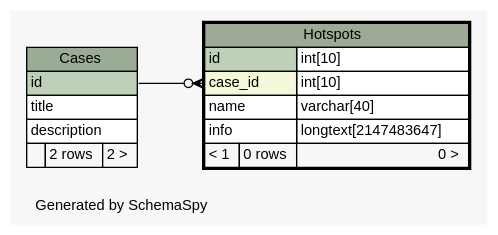
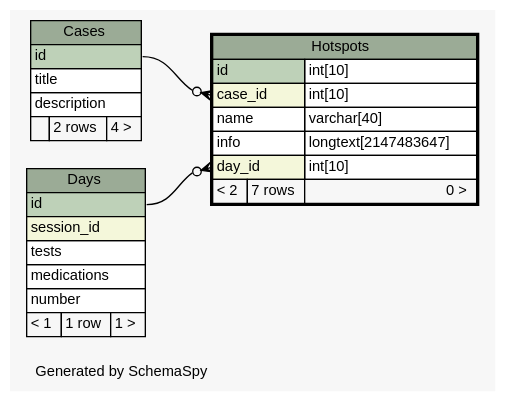
The diagram in web/files/schema/diagrams/Hotspots.1degree.dot (carrel2/CaseStudies), drawn with Graphviz before and after one commit. The commit also changed 87 other files, not shown here.

Commit message:
More work on database schema

```diff
--- a/web/files/schema/diagrams/Hotspots.1degree.dot
+++ b/web/files/schema/diagrams/Hotspots.1degree.dot
@@ -1,48 +1,64 @@
 // dot 2.38.0 on Linux 4.4.0-59-generic
 // SchemaSpy rev 590
 digraph "oneDegreeRelationshipsDiagram" {
   graph [
     rankdir="RL"
     bgcolor="#f7f7f7"
     label="\nGenerated by SchemaSpy"
     labeljust="l"
     nodesep="0.18"
     ranksep="0.46"
     fontname="Helvetica"
     fontsize="11"
   ];
   node [
     fontname="Helvetica"
     fontsize="11"
     shape="plaintext"
   ];
   edge [
     arrowsize="0.8"
   ];
   "Hotspots":"case_id":w -> "Cases":"id":e [arrowhead=none dir=back arrowtail=crowodot];
+  "Hotspots":"day_id":w -> "Days":"id":e [arrowhead=none dir=back arrowtail=crowodot];
   "Cases" [
     label=<
     <TABLE BORDER="0" CELLBORDER="1" CELLSPACING="0" BGCOLOR="#ffffff">
       <TR><TD COLSPAN="3" BGCOLOR="#9bab96" ALIGN="CENTER">Cases</TD></TR>
       <TR><TD PORT="id" COLSPAN="3" BGCOLOR="#bed1b8" ALIGN="LEFT">id</TD></TR>
       <TR><TD PORT="title" COLSPAN="3" ALIGN="LEFT">title</TD></TR>
       <TR><TD PORT="description" COLSPAN="3" ALIGN="LEFT">description</TD></TR>
-      <TR><TD ALIGN="LEFT" BGCOLOR="#f7f7f7">  </TD><TD ALIGN="RIGHT" BGCOLOR="#f7f7f7">2 rows</TD><TD ALIGN="RIGHT" BGCOLOR="#f7f7f7">2 &gt;</TD></TR>
+      <TR><TD ALIGN="LEFT" BGCOLOR="#f7f7f7">  </TD><TD ALIGN="RIGHT" BGCOLOR="#f7f7f7">2 rows</TD><TD ALIGN="RIGHT" BGCOLOR="#f7f7f7">4 &gt;</TD></TR>
     </TABLE>>
     URL="Cases.html"
     tooltip="Cases"
+  ];
+  "Days" [
+    label=<
+    <TABLE BORDER="0" CELLBORDER="1" CELLSPACING="0" BGCOLOR="#ffffff">
+      <TR><TD COLSPAN="3" BGCOLOR="#9bab96" ALIGN="CENTER">Days</TD></TR>
+      <TR><TD PORT="id" COLSPAN="3" BGCOLOR="#bed1b8" ALIGN="LEFT">id</TD></TR>
+      <TR><TD PORT="session_id" COLSPAN="3" BGCOLOR="#f4f7da" ALIGN="LEFT">session_id</TD></TR>
+      <TR><TD PORT="tests" COLSPAN="3" ALIGN="LEFT">tests</TD></TR>
+      <TR><TD PORT="medications" COLSPAN="3" ALIGN="LEFT">medications</TD></TR>
+      <TR><TD PORT="number" COLSPAN="3" ALIGN="LEFT">number</TD></TR>
+      <TR><TD ALIGN="LEFT" BGCOLOR="#f7f7f7">&lt; 1</TD><TD ALIGN="RIGHT" BGCOLOR="#f7f7f7">1 row</TD><TD ALIGN="RIGHT" BGCOLOR="#f7f7f7">1 &gt;</TD></TR>
+    </TABLE>>
+    URL="Days.html"
+    tooltip="Days"
   ];
   "Hotspots" [
     label=<
     <TABLE BORDER="2" CELLBORDER="1" CELLSPACING="0" BGCOLOR="#ffffff">
       <TR><TD COLSPAN="3" BGCOLOR="#9bab96" ALIGN="CENTER">Hotspots</TD></TR>
       <TR><TD PORT="id" COLSPAN="2" BGCOLOR="#bed1b8" ALIGN="LEFT">id</TD><TD PORT="id.type" ALIGN="LEFT">int[10]</TD></TR>
       <TR><TD PORT="case_id" COLSPAN="2" BGCOLOR="#f4f7da" ALIGN="LEFT">case_id</TD><TD PORT="case_id.type" ALIGN="LEFT">int[10]</TD></TR>
       <TR><TD PORT="name" COLSPAN="2" ALIGN="LEFT">name</TD><TD PORT="name.type" ALIGN="LEFT">varchar[40]</TD></TR>
       <TR><TD PORT="info" COLSPAN="2" ALIGN="LEFT">info</TD><TD PORT="info.type" ALIGN="LEFT">longtext[2147483647]</TD></TR>
-      <TR><TD ALIGN="LEFT" BGCOLOR="#f7f7f7">&lt; 1</TD><TD ALIGN="RIGHT" BGCOLOR="#f7f7f7">0 rows</TD><TD ALIGN="RIGHT" BGCOLOR="#f7f7f7">0 &gt;</TD></TR>
+      <TR><TD PORT="day_id" COLSPAN="2" BGCOLOR="#f4f7da" ALIGN="LEFT">day_id</TD><TD PORT="day_id.type" ALIGN="LEFT">int[10]</TD></TR>
+      <TR><TD ALIGN="LEFT" BGCOLOR="#f7f7f7">&lt; 2</TD><TD ALIGN="RIGHT" BGCOLOR="#f7f7f7">7 rows</TD><TD ALIGN="RIGHT" BGCOLOR="#f7f7f7">0 &gt;</TD></TR>
     </TABLE>>
     URL="Hotspots.html"
     tooltip="Hotspots"
   ];
 }
```
